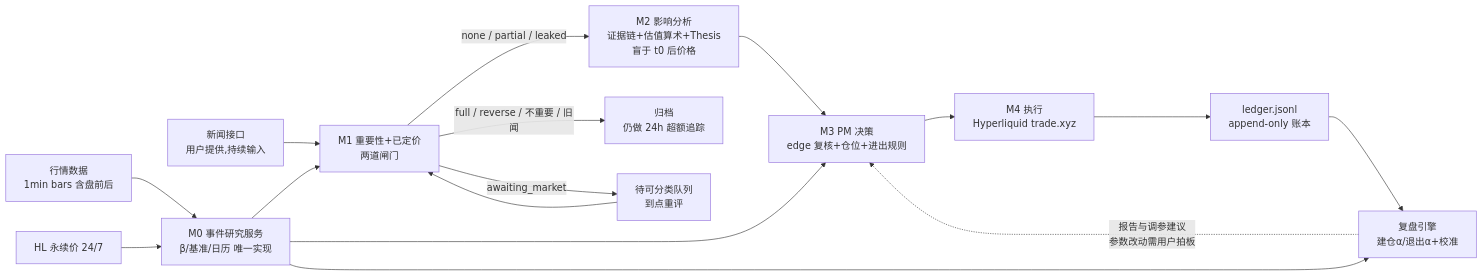
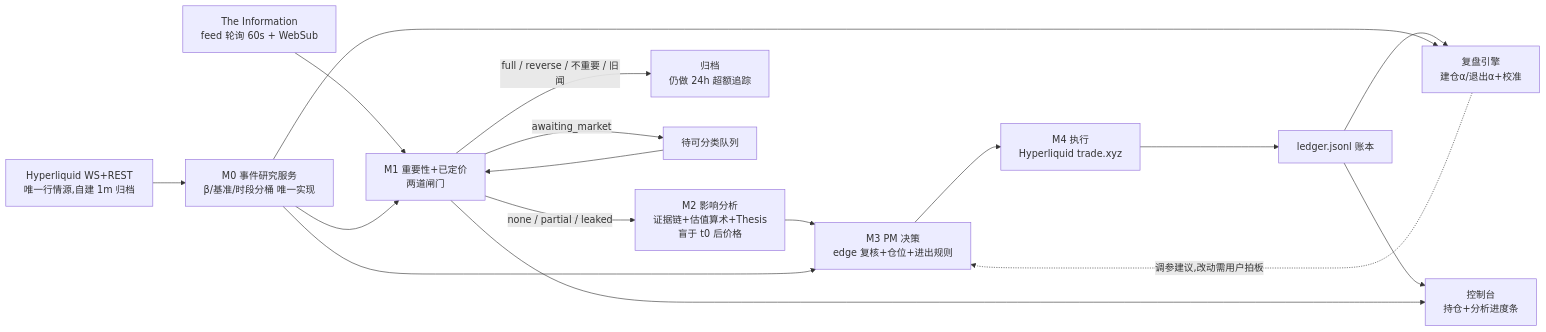
One commit to Alchemist-X/autonomous-poly-trading changed the diagram in docs/us-stock-trading-prd.md. Above: the diagram before and after it, drawn with Mermaid. The commit also changed other lines of this file and 1 other file, not shown here.

````diff
--- a/docs/us-stock-trading-prd.md
+++ b/docs/us-stock-trading-prd.md
@@ -83,18 +75,18 @@
 ```mermaid
 flowchart LR
-  A[新闻接口<br/>用户提供,持续输入] --> M1[M1 重要性+已定价<br/>两道闸门]
-  P[行情数据<br/>1min bars 含盘前后] --> M0[M0 事件研究服务<br/>β/基准/日历 唯一实现]
-  H[HL 永续价 24/7] --> M0
+  A[The Information<br/>feed 轮询 60s + WebSub] --> M1[M1 重要性+已定价<br/>两道闸门]
+  P[Hyperliquid WS+REST<br/>唯一行情源,自建 1m 归档] --> M0[M0 事件研究服务<br/>β/基准/时段分桶 唯一实现]
   M0 --> M1
   M1 -- "none / partial / leaked" --> M2[M2 影响分析<br/>证据链+估值算术+Thesis<br/>盲于 t0 后价格]
   M1 -- "full / reverse / 不重要 / 旧闻" --> X[归档<br/>仍做 24h 超额追踪]
-  M1 -- "awaiting_market" --> Q[待可分类队列<br/>到点重评]
-  Q --> M1
+  M1 -- "awaiting_market" --> Q[待可分类队列] --> M1
   M2 --> M3[M3 PM 决策<br/>edge 复核+仓位+进出规则]
   M0 --> M3
   M3 --> M4[M4 执行<br/>Hyperliquid trade.xyz]
-  M4 --> L[ledger.jsonl<br/>append-only 账本]
+  M4 --> L[ledger.jsonl 账本]
   L --> R[复盘引擎<br/>建仓α/退出α+校准]
   M0 --> R
-  R -. 报告与调参建议<br/>参数改动需用户拍板 .-> M3
+  R -. 调参建议,改动需用户拍板 .-> M3
+  L --> C[控制台<br/>持仓+分析进度条]
+  M1 --> C
 ```
````
